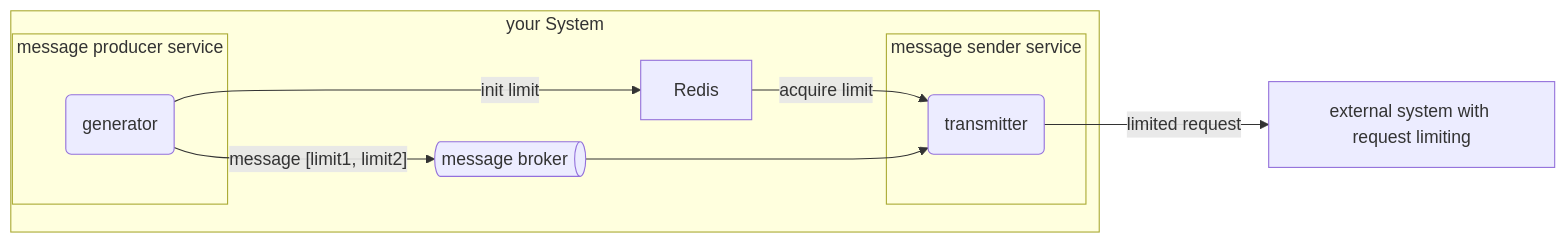
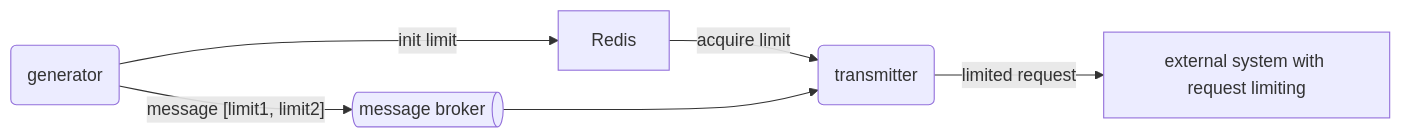
The diagram in README.md (RND-SOFT/Rapidity), drawn with Mermaid before and after one commit.

````diff
--- a/README.md
+++ b/README.md
@@ -85,19 +85,13 @@
 ```mermaid
 flowchart LR
-    subgraph System["your System"]
-    subgraph Producer["message producer service"]
-    g(generator)
-    end
+    G(generator)
     B[Redis]
     A@{ shape: h-cyl, label: "message broker" }
-    subgraph Sender["message sender service"]
-    t(transmitter)
-    end
-    end
+    T(transmitter)
     E["external system with request limiting"]
-    g-- init limit -->B
-    B-- acquire limit -->t
-    g-- message [limit1, limit2] -->A
-    A--->t
-    t-- limited request -->E
+    G-- init limit -->B
+    B-- acquire limit -->T
+    G-- message [limit1, limit2] -->A
+    A--->T
+    T-- limited request -->E
 ```
````
